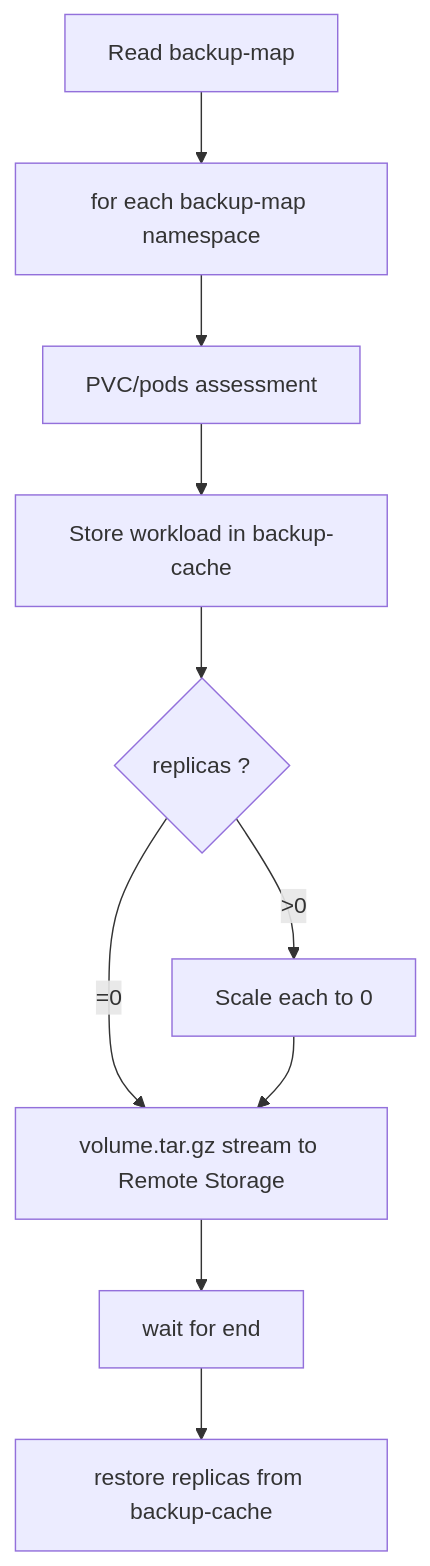
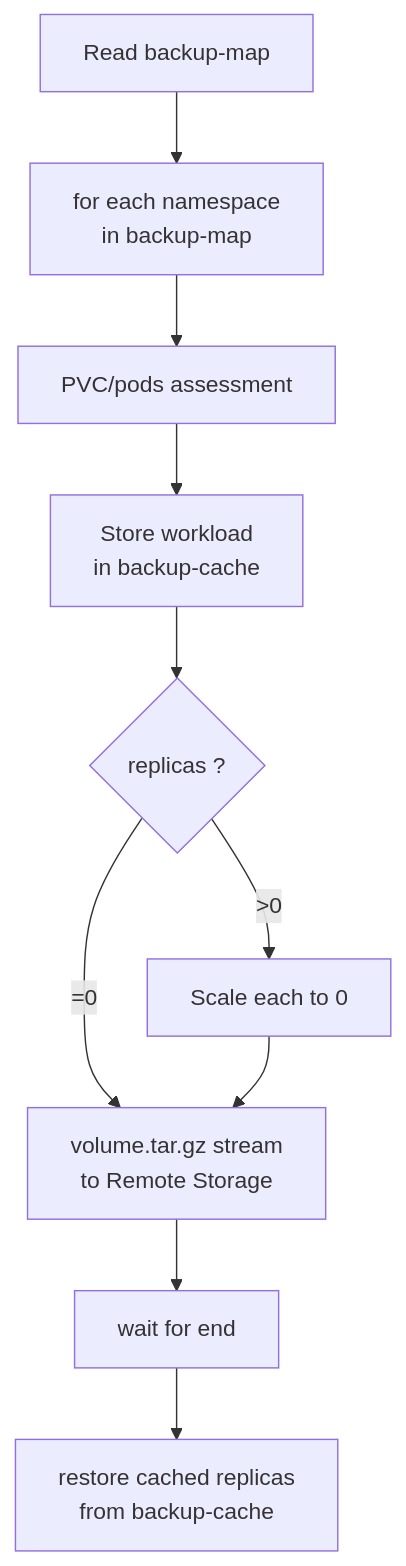
The first of 2 diagrams in README.md (Cosmo-Tech/bkup), drawn with Mermaid before and after one commit. The commit also changed other lines of this file, not shown here.

````diff
--- a/README.md
+++ b/README.md
@@ -235,13 +235,13 @@
 ```mermaid
 flowchart TD
     A[Read backup-map]
-    --> B[for each backup-map namespace]
+    --> B[for each namespace <br> in backup-map]
     --> C[PVC/pods assessment]
-    --> D[Store workload in backup-cache]
+    --> D[Store workload <br> in backup-cache]
     D --> E{replicas ?}
     E -->|>0| F[Scale each to 0]
     E -->|=0| G[Keep as it is]
-    F --> G[volume.tar.gz stream to Remote Storage]
+    F --> G[volume.tar.gz stream <br> to Remote Storage]
     G --> H[wait for end]
-    H --> I[restore replicas from backup-cache]
+    H --> I[restore cached replicas <br> from backup-cache]
 ```
````
